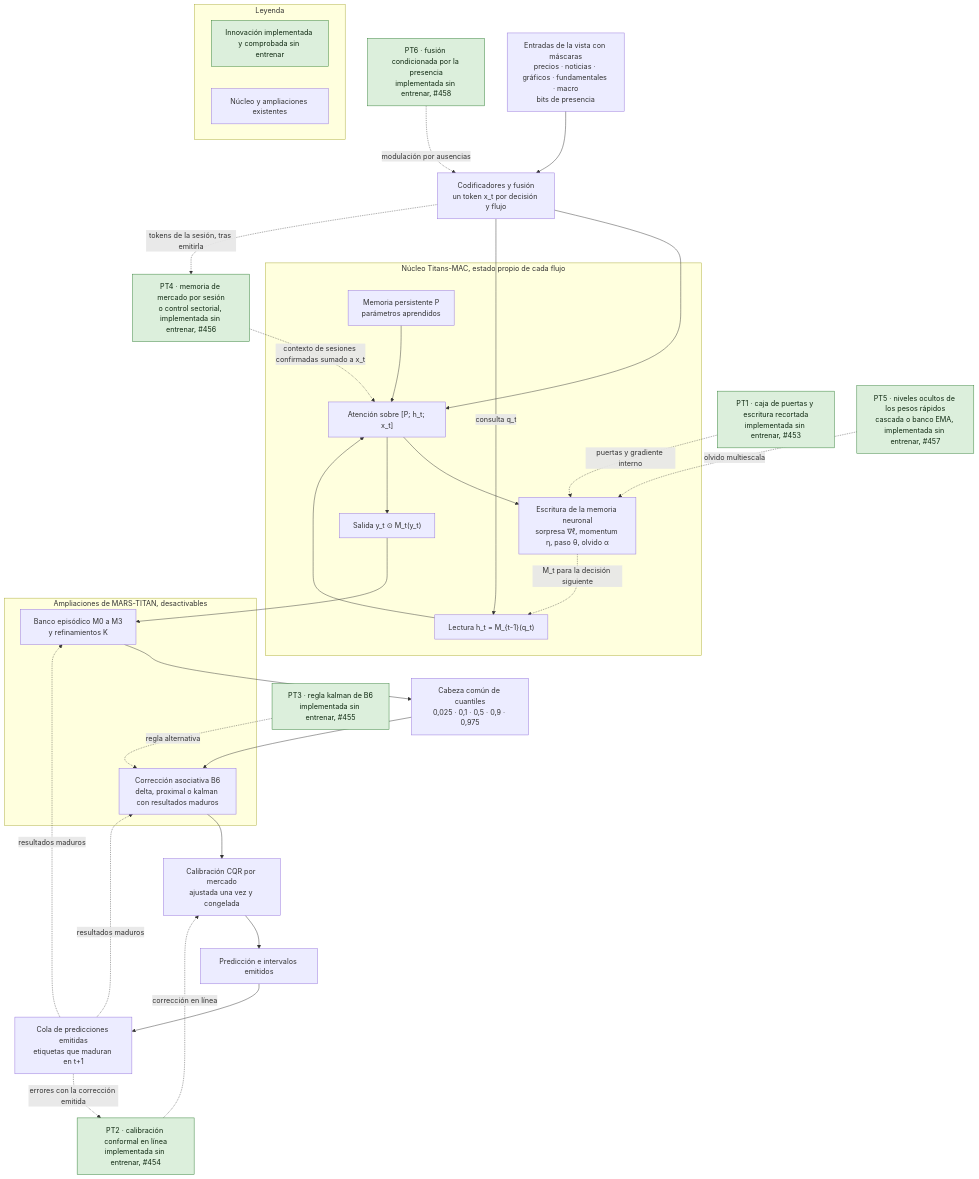
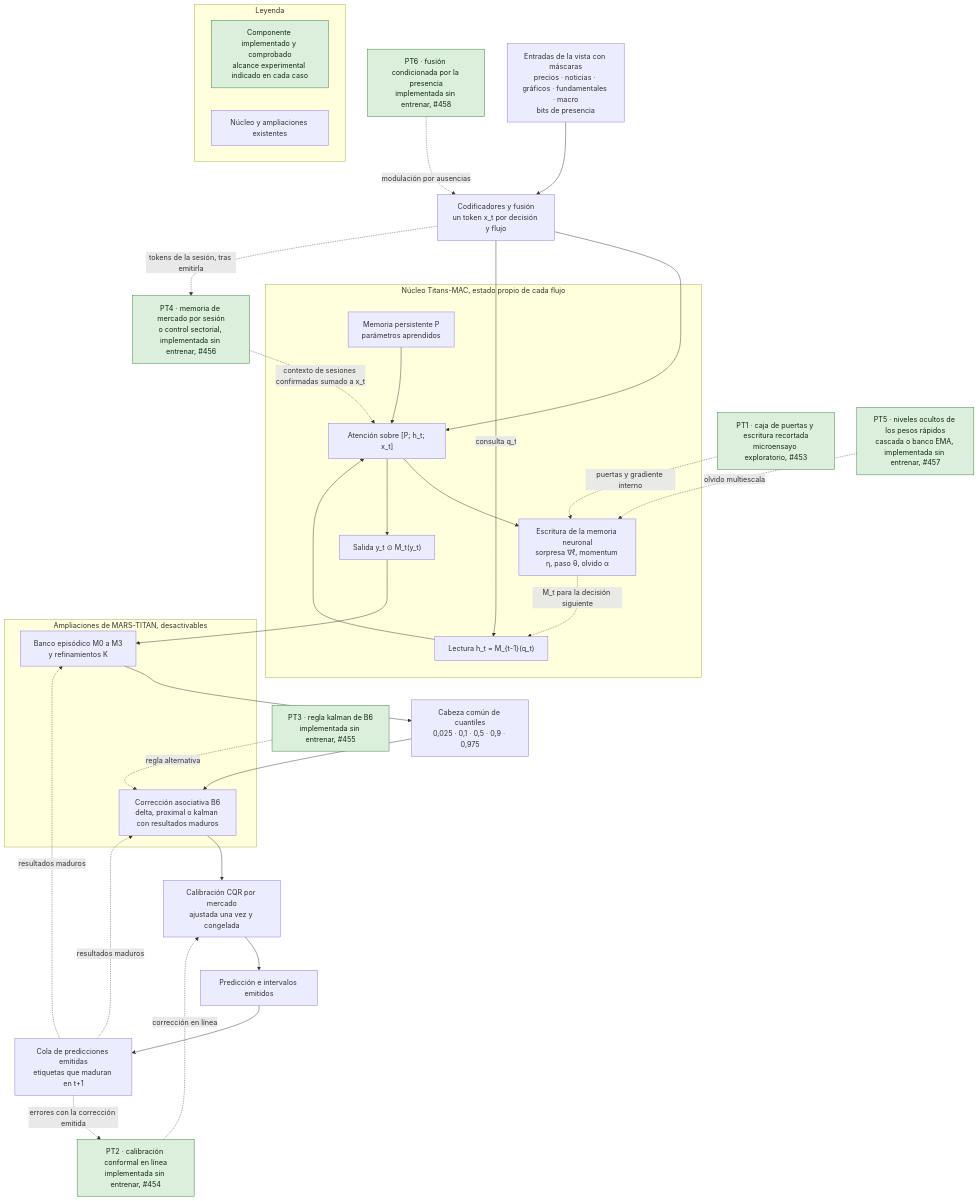
Before and after one commit to GonxKZ/mars-titan: the diagram in docs/research/titans-mac-architecture.md, drawn with Mermaid. The commit also changed other lines of this file and 10 other files, not shown here.

````diff
--- a/docs/research/titans-mac-architecture.md
+++ b/docs/research/titans-mac-architecture.md
@@ -267,61 +267,61 @@
 ```mermaid
 flowchart TD
     IN["Entradas de la vista con máscaras<br/>precios · noticias · gráficos · fundamentales · macro<br/>bits de presencia"]
     ENC["Codificadores y fusión<br/>un token x_t por decisión y flujo"]
 
     subgraph MAC["Núcleo Titans-MAC, estado propio de cada flujo"]
         P["Memoria persistente P<br/>parámetros aprendidos"]
         RD["Lectura h_t = M_{t-1}(q_t)"]
         ATT["Atención sobre [P; h_t; x_t]"]
         WR["Escritura de la memoria neuronal<br/>sorpresa ∇ℓ, momentum η, paso θ, olvido α"]
         OG["Salida y_t ⊙ M_t(y_t)"]
     end
 
-    PT1["PT1 · caja de puertas y escritura recortada<br/>implementada sin entrenar, #453"]:::comprobado
+    PT1["PT1 · caja de puertas y escritura recortada<br/>microensayo exploratorio, #453"]:::comprobado
     PT6["PT6 · fusión condicionada por la presencia<br/>implementada sin entrenar, #458"]:::comprobado
     PT5["PT5 · niveles ocultos de los pesos rápidos<br/>cascada o banco EMA, implementada sin entrenar, #457"]:::comprobado
     PT4["PT4 · memoria de mercado por sesión<br/>o control sectorial, implementada sin entrenar, #456"]:::comprobado
 
     subgraph EXT["Ampliaciones de MARS-TITAN, desactivables"]
         BANK["Banco episódico M0 a M3<br/>y refinamientos K"]
         B6["Corrección asociativa B6<br/>delta, proximal o kalman con resultados maduros"]
     end
 
     HEAD["Cabeza común de cuantiles<br/>0,025 · 0,1 · 0,5 · 0,9 · 0,975"]
 
     PT3["PT3 · regla kalman de B6<br/>implementada sin entrenar, #455"]:::comprobado
 
     CAL["Calibración CQR por mercado<br/>ajustada una vez y congelada"]
 
     PT2["PT2 · calibración conformal en línea<br/>implementada sin entrenar, #454"]:::comprobado
 
     OUT["Predicción e intervalos emitidos"]
     Q["Cola de predicciones emitidas<br/>etiquetas que maduran en t+1"]
 
     IN --> ENC --> ATT
     ENC -- consulta q_t --> RD
     P --> ATT
     RD --> ATT
     ATT --> WR
     ATT --> OG
     WR -. M_t para la decisión siguiente .-> RD
     OG --> BANK --> HEAD --> B6 --> CAL --> OUT
     OUT --> Q
     Q -. resultados maduros .-> BANK
     Q -. resultados maduros .-> B6
     Q -. errores con la corrección emitida .-> PT2
     PT1 -. puertas y gradiente interno .-> WR
     PT3 -. regla alternativa .-> B6
     PT2 -. corrección en línea .-> CAL
     PT6 -. modulación por ausencias .-> ENC
     PT5 -. olvido multiescala .-> WR
     ENC -. tokens de la sesión, tras emitirla .-> PT4
     PT4 -. contexto de sesiones confirmadas sumado a x_t .-> ATT
 
     subgraph LEY["Leyenda"]
-        L1["Innovación implementada y comprobada sin entrenar"]:::comprobado
+        L1["Componente implementado y comprobado<br/>alcance experimental indicado en cada caso"]:::comprobado
         L2["Núcleo y ampliaciones existentes"]
     end
 
     classDef comprobado fill:#dcefdc,stroke:#2e7d32,color:#102a12
 ```
````
